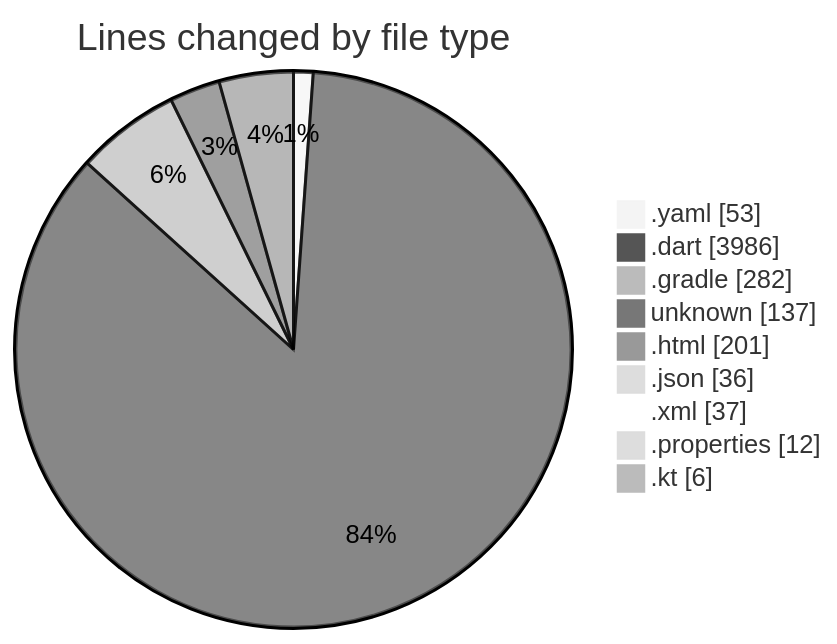
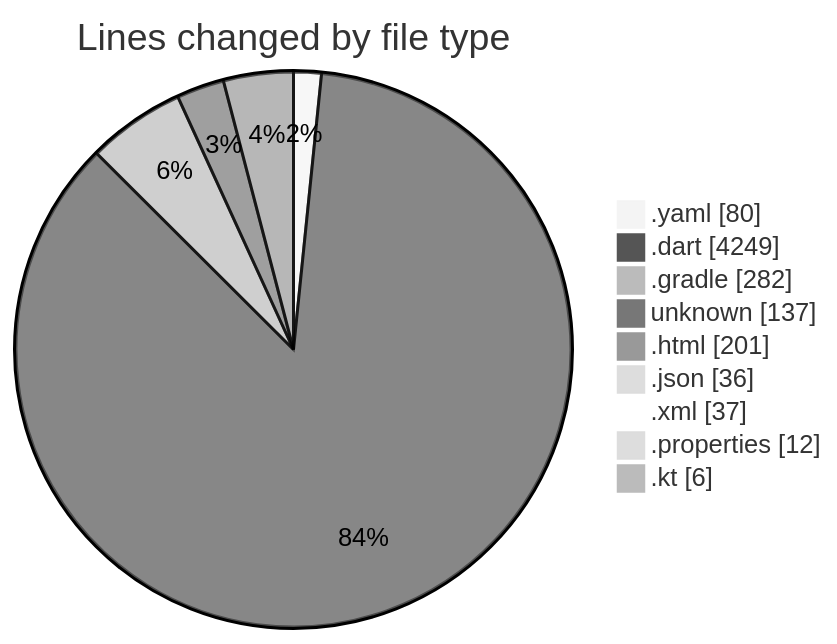
One commit to lephambinh05/code-tracking changed the first of 2 diagrams in 2025-09-02/quanlylink/README.md. Above: the diagram before and after it, drawn with Mermaid (neutral theme). The commit also changed other lines of this file and 1 other file, not shown here.

````diff
--- a/2025-09-02/quanlylink/README.md
+++ b/2025-09-02/quanlylink/README.md
@@ -47,13 +47,13 @@
 ```mermaid
 pie showData
 title Lines changed by file type
-".yaml" : 53
-".dart" : 3986
+".yaml" : 80
+".dart" : 4249
 ".gradle" : 282
 "unknown" : 137
 ".html" : 201
 ".json" : 36
 ".xml" : 37
 ".properties" : 12
 ".kt" : 6
 ```
````
